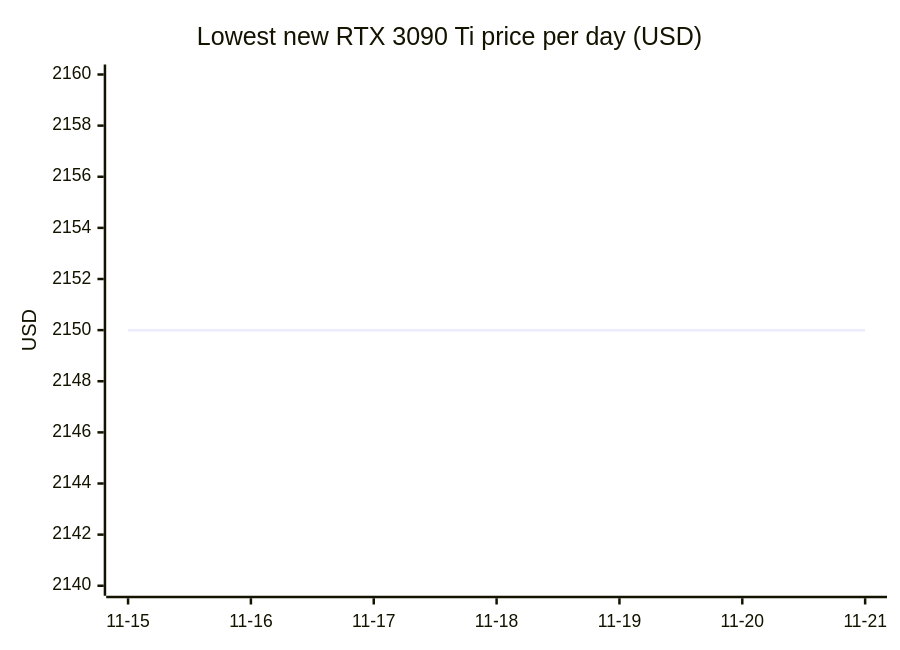
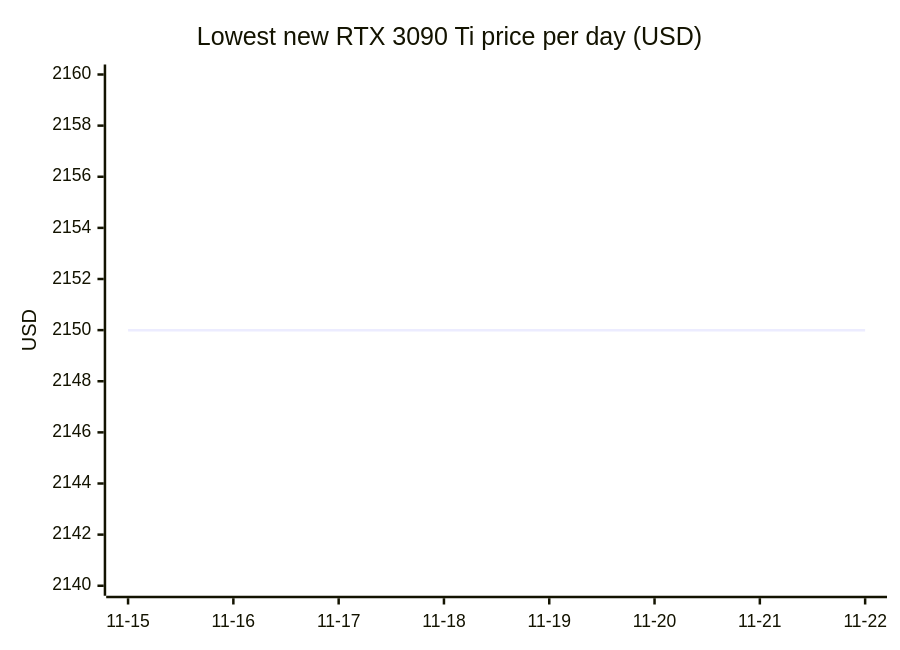
One commit to 7324136828/4tb_ssd_price_watch changed the eighth of 18 diagrams in README.md. Above: the diagram before and after it, drawn with Mermaid. The commit also changed other lines of this file, not shown here.

````diff
--- a/README.md
+++ b/README.md
@@ -811,7 +841,7 @@
 ```mermaid
 xychart-beta
     title "Lowest new RTX 3090 Ti price per day (USD)"
-    x-axis ["11-15", "11-16", "11-17", "11-18", "11-19", "11-20", "11-21"]
+    x-axis ["11-15", "11-16", "11-17", "11-18", "11-19", "11-20", "11-21", "11-22"]
     y-axis "USD" 2140 --> 2160
-    line [2150.00, 2150.00, 2150.00, 2150.00, 2150.00, 2150.00, 2150.00]
+    line [2150.00, 2150.00, 2150.00, 2150.00, 2150.00, 2150.00, 2150.00, 2150.00]
 ```
````
